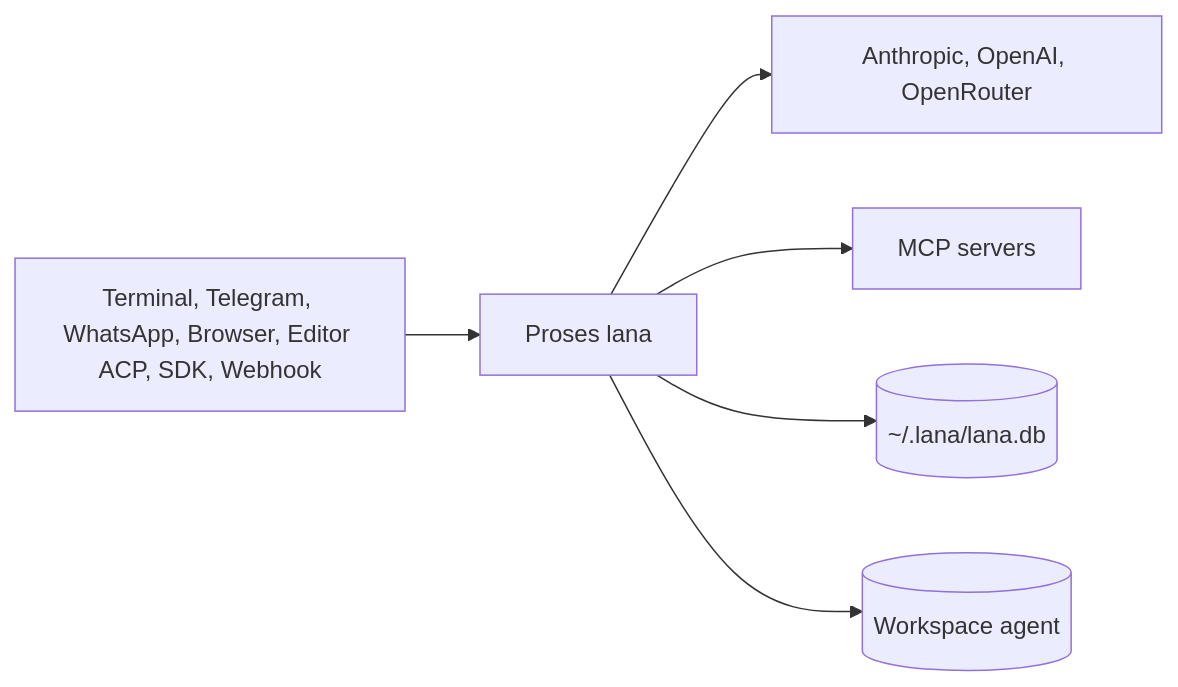
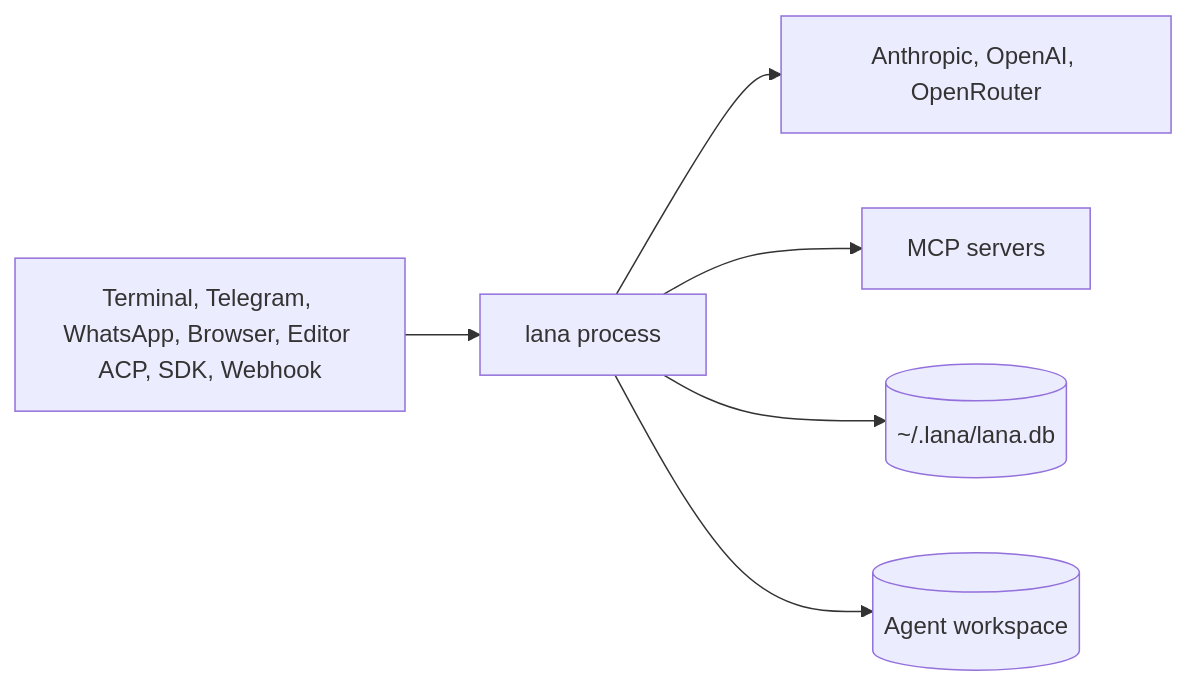
The diagram in docs/ARCHITECTURE.md (ridhomujizat/lana-harness), drawn with Mermaid before and after one commit. The commit also changed other lines of this file and 172 other files, not shown here.

````diff
--- a/docs/ARCHITECTURE.md
+++ b/docs/ARCHITECTURE.md
@@ -47,8 +47,8 @@
 ```mermaid
 flowchart LR
-  Doors["Terminal, Telegram, WhatsApp, Browser, Editor ACP, SDK, Webhook"] --> Lana["Proses lana"]
+  Doors["Terminal, Telegram, WhatsApp, Browser, Editor ACP, SDK, Webhook"] --> Lana["lana process"]
   Lana --> LLM["Anthropic, OpenAI, OpenRouter"]
   Lana --> MCPS["MCP servers"]
   Lana --> DB[("~/.lana/lana.db")]
-  Lana --> FS[("Workspace agent")]
+  Lana --> FS[("Agent workspace")]
 ```
````
